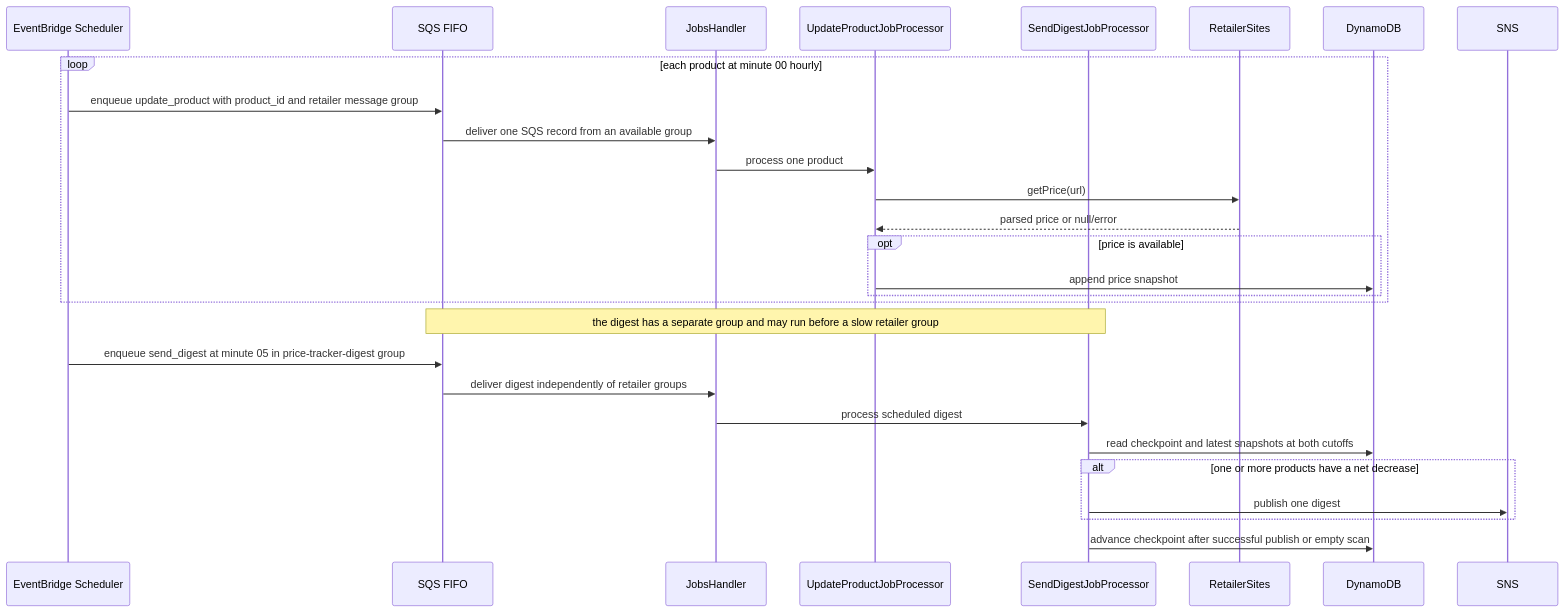
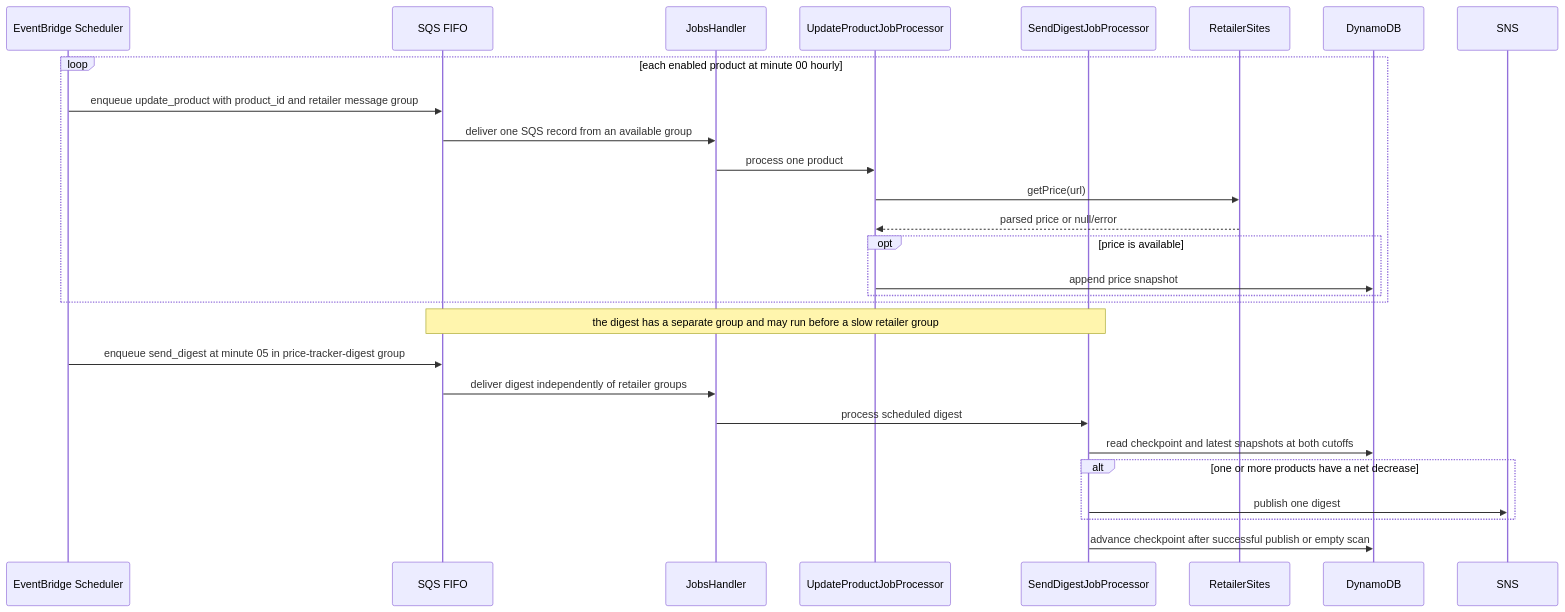
One commit to jordansimsmith/jordansimsmith-com changed the second of 2 diagrams in price_tracker_api/README.md. Above: the diagram before and after it, drawn with Mermaid. The commit also changed other lines of this file and 1 other file, not shown here.

````diff
--- a/price_tracker_api/README.md
+++ b/price_tracker_api/README.md
@@ -74,31 +76,31 @@
 ```mermaid
 sequenceDiagram
   participant scheduler as EventBridge Scheduler
   participant queue as SQS FIFO
   participant handler as JobsHandler
   participant update as UpdateProductJobProcessor
   participant digest as SendDigestJobProcessor
   participant retailers as RetailerSites
   participant table as DynamoDB
   participant sns as SNS
 
-  loop each product at minute 00 hourly
+  loop each enabled product at minute 00 hourly
     scheduler->>queue: enqueue update_product with product_id and retailer message group
     queue->>handler: deliver one SQS record from an available group
     handler->>update: process one product
     update->>retailers: getPrice(url)
     retailers-->>update: parsed price or null/error
     opt price is available
       update->>table: append price snapshot
     end
   end
   Note over queue,digest: the digest has a separate group and may run before a slow retailer group
   scheduler->>queue: enqueue send_digest at minute 05 in price-tracker-digest group
   queue->>handler: deliver digest independently of retailer groups
   handler->>digest: process scheduled digest
   digest->>table: read checkpoint and latest snapshots at both cutoffs
   alt one or more products have a net decrease
     digest->>sns: publish one digest
   end
   digest->>table: advance checkpoint after successful publish or empty scan
 ```
````
